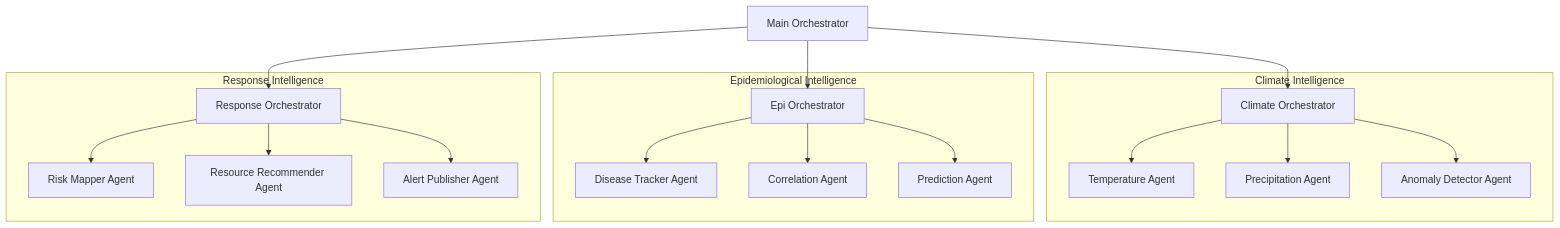
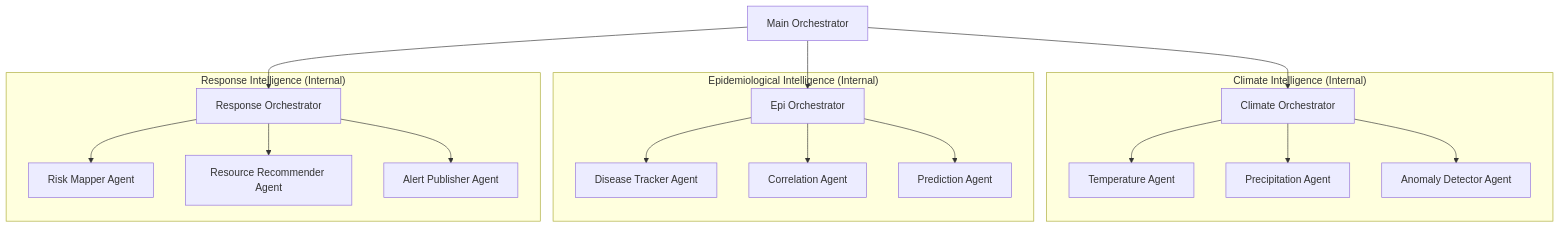
One commit to KushB13/epiclimate-hmas changed the diagram in README.md. Above: the diagram before and after it, drawn with Mermaid. The commit also changed other lines of this file and 41 other files, not shown here.

Commit message:
docs: sync architecture, changelog, and README with new package structure; update .gitignore

````diff
--- a/README.md
+++ b/README.md
@@ -9,24 +9,24 @@
 ```mermaid
 graph TD
     Main[Main Orchestrator] --> Climate[Climate Orchestrator]
     Main --> Epi[Epi Orchestrator]
     Main --> Resp[Response Orchestrator]
 
-    subgraph Climate Intelligence
+    subgraph "Climate Intelligence (Internal)"
     Climate --> A1[Temperature Agent]
     Climate --> A2[Precipitation Agent]
     Climate --> A3[Anomaly Detector Agent]
     end
 
-    subgraph Epidemiological Intelligence
+    subgraph "Epidemiological Intelligence (Internal)"
     Epi --> A4[Disease Tracker Agent]
     Epi --> A5[Correlation Agent]
     Epi --> A6[Prediction Agent]
     end
 
-    subgraph Response Intelligence
+    subgraph "Response Intelligence (Internal)"
     Resp --> A7[Risk Mapper Agent]
     Resp --> A8[Resource Recommender Agent]
     Resp --> A9[Alert Publisher Agent]
     end
 ```
````
